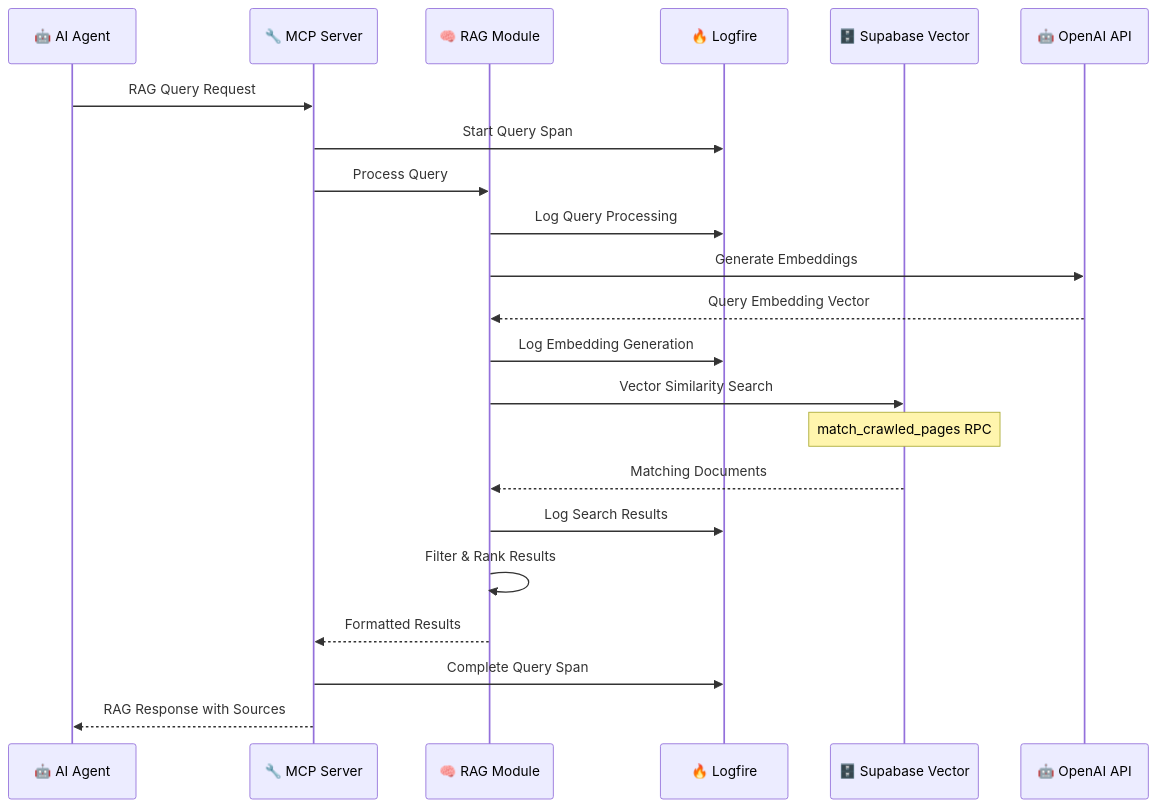
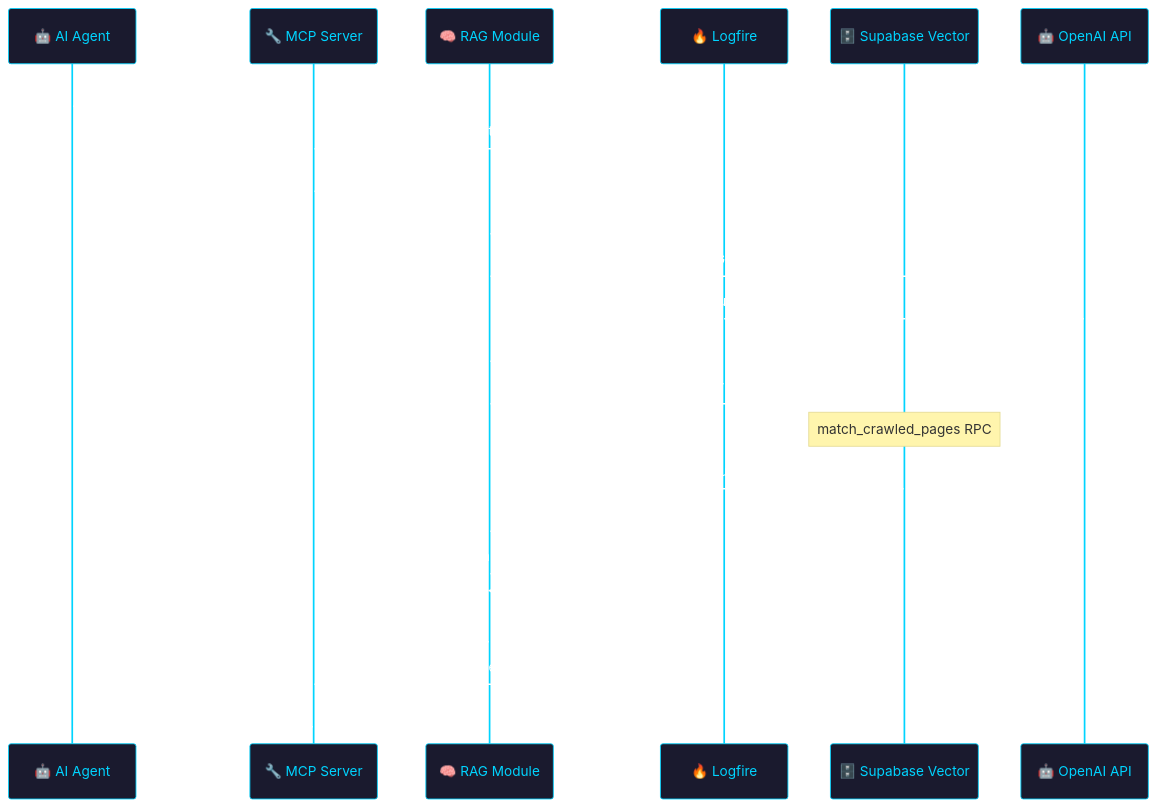
Before and after one commit to tarsonis125/mcp-crawl4ai-rag-ChromaDB-V1: the diagram in docs/docs/rag.mdx, drawn with Mermaid. The commit also changed 12 other files, not shown here.

````diff
--- a/docs/docs/rag.mdx
+++ b/docs/docs/rag.mdx
@@ -28,29 +28,50 @@
 ```mermaid
+---
+config:
+  theme: 'base'
+  themeVariables:
+    primaryColor: '#1a1a2e'
+    primaryTextColor: '#00d4ff'
+    primaryBorderColor: '#00d4ff'
+    lineColor: '#00d4ff'
+    secondaryColor: '#16213e'
+    tertiaryColor: '#0f3460'
+    background: '#0a0a1a'
+    mainBkg: '#1a1a2e'
+    secondBkg: '#16213e'
+    textColor: '#ffffff'
+    actorBkg: '#1a1a2e'
+    actorBorder: '#00d4ff'
+    actorTextColor: '#00d4ff'
+    activationBkgColor: '#16213e'
+    activationBorderColor: '#00ff88'
+    sequenceNumberColor: '#00d4ff'
+---
 sequenceDiagram
     participant Client as 🤖 AI Agent
     participant MCP as 🔧 MCP Server
     participant RAG as 🧠 RAG Module
     participant Logfire as 🔥 Logfire
     participant Vector as 🗄️ Supabase Vector
     participant OpenAI as 🤖 OpenAI API
 
     Client->>MCP: RAG Query Request
     MCP->>Logfire: Start Query Span
     MCP->>RAG: Process Query
     
     RAG->>Logfire: Log Query Processing
     RAG->>OpenAI: Generate Embeddings
     OpenAI-->>RAG: Query Embedding Vector
     
     RAG->>Logfire: Log Embedding Generation
     RAG->>Vector: Vector Similarity Search
     Note over Vector: match_crawled_pages RPC
     Vector-->>RAG: Matching Documents
     
     RAG->>Logfire: Log Search Results
     RAG->>RAG: Filter & Rank Results
     RAG-->>MCP: Formatted Results
     
     MCP->>Logfire: Complete Query Span
     MCP-->>Client: RAG Response with Sources
 ```
````
